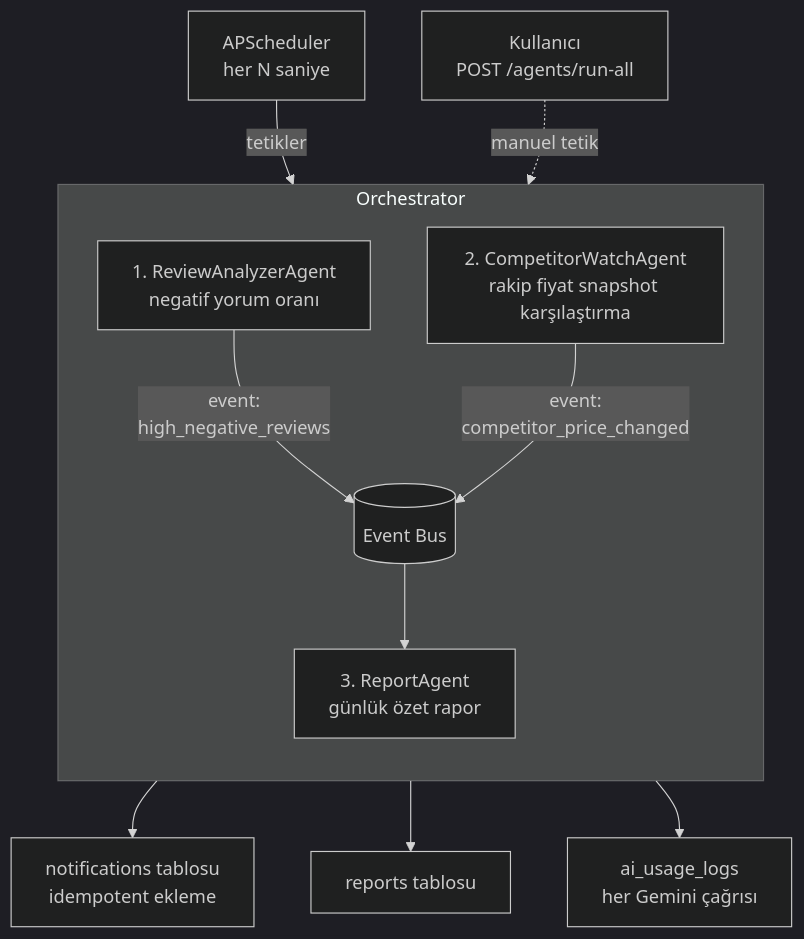
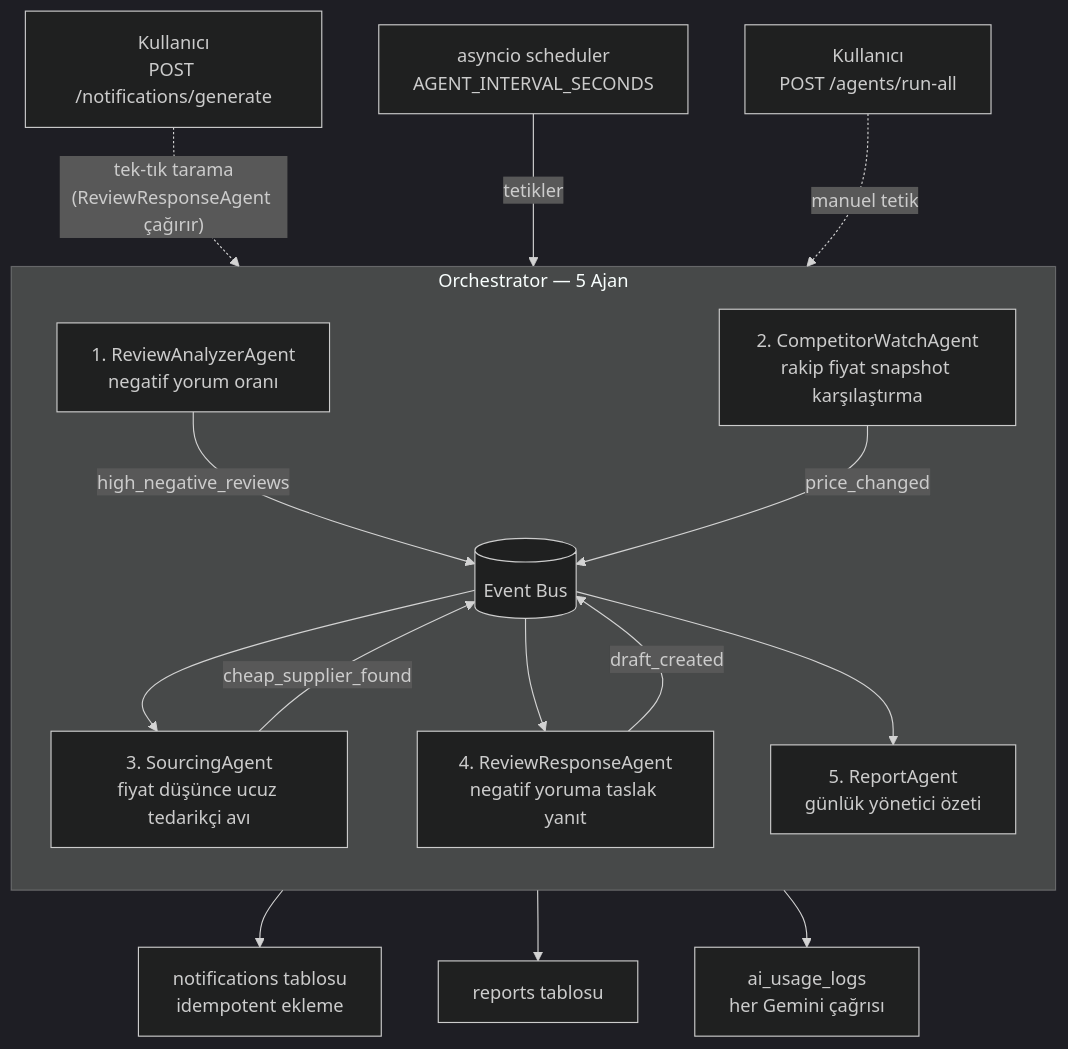
The fourth of 10 diagrams in ARCHITECTURE.md (umutugrasan/arkus-ai), drawn with Mermaid (dark theme) before and after one commit. The commit also changed other lines of this file and 6 other files, not shown here.

````diff
--- a/ARCHITECTURE.md
+++ b/ARCHITECTURE.md
@@ -355,20 +381,27 @@
 ```mermaid
 flowchart TD
-    SCH[APScheduler<br/>her N saniye] -->|tetikler| ORCH
+    SCH[asyncio scheduler<br/>AGENT_INTERVAL_SECONDS] -->|tetikler| ORCH
 
-    subgraph ORCH[Orchestrator]
+    subgraph ORCH[Orchestrator — 5 Ajan]
         direction TB
         A1[1. ReviewAnalyzerAgent<br/>negatif yorum oranı]
         A2[2. CompetitorWatchAgent<br/>rakip fiyat snapshot karşılaştırma]
-        A3[3. ReportAgent<br/>günlük özet rapor]
-        A1 -->|"event:<br/>high_negative_reviews"| EVT[(Event Bus)]
-        A2 -->|"event:<br/>competitor_price_changed"| EVT
+        A3[3. SourcingAgent<br/>fiyat düşünce ucuz tedarikçi avı]
+        A4[4. ReviewResponseAgent<br/>negatif yoruma taslak yanıt]
+        A5[5. ReportAgent<br/>günlük yönetici özeti]
+        A1 -->|"high_negative_reviews"| EVT[(Event Bus)]
+        A2 -->|"price_changed"| EVT
         EVT --> A3
+        EVT --> A4
+        A3 -->|"cheap_supplier_found"| EVT
+        A4 -->|"draft_created"| EVT
+        EVT --> A5
     end
 
     ORCH --> NOTIF[notifications tablosu<br/>idempotent ekleme]
     ORCH --> REPS[reports tablosu]
     ORCH --> LOG[ai_usage_logs<br/>her Gemini çağrısı]
 
     USER[Kullanıcı<br/>POST /agents/run-all] -.manuel tetik.-> ORCH
+    USER2[Kullanıcı<br/>POST /notifications/generate] -.tek-tık tarama<br/>(ReviewResponseAgent çağırır).-> A4
 ```
````
